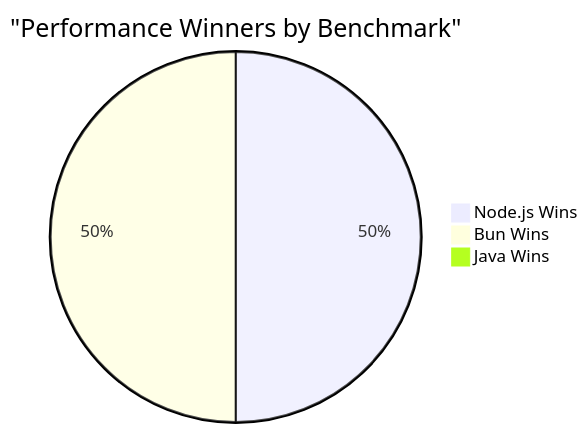
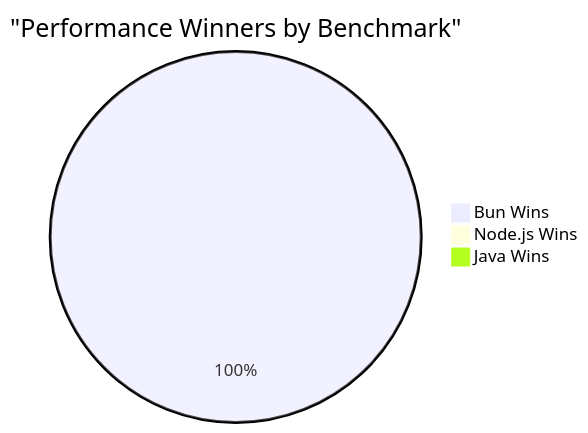
One commit to Frtrillo/benchmark-nodejs-java-process-mqtt-payloads changed the fifth of 5 diagrams in readme.md. Above: the diagram before and after it, drawn with Mermaid. The commit also changed other lines of this file, not shown here.

Commit message:
actualizacion bun 1.2

````diff
--- a/readme.md
+++ b/readme.md
@@ -229,6 +229,6 @@
 ```mermaid
 pie title "Performance Winners by Benchmark"
-    "Node.js Wins" : 1
-    "Bun Wins" : 1
+    "Bun Wins" : 2
+    "Node.js Wins" : 0
     "Java Wins" : 0
 ```
````
